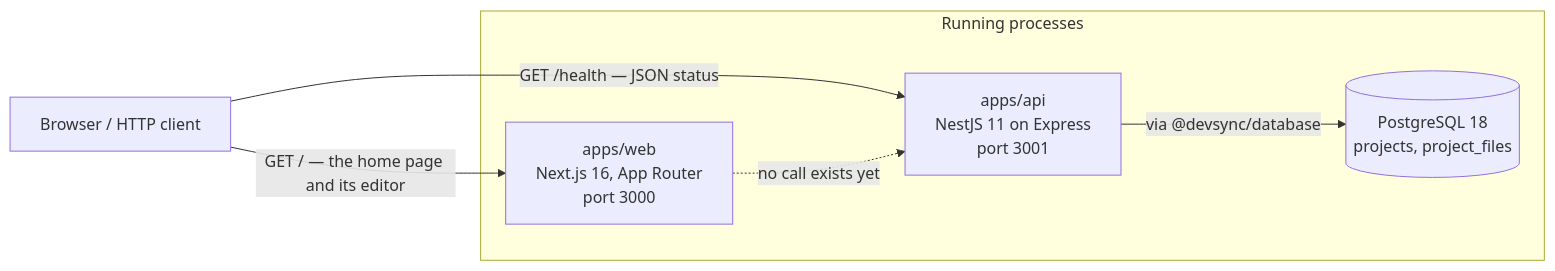
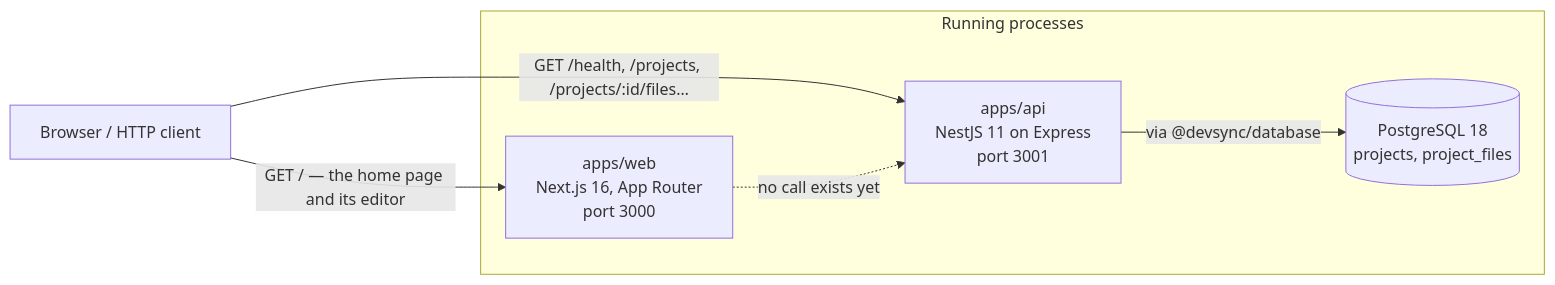
Before and after one commit to Youssef-Boussabah/DevSync: the first of 2 diagrams in docs/architecture.md, drawn with Mermaid. The commit also changed other lines of this file and 67 other files, not shown here.

````diff
--- a/docs/architecture.md
+++ b/docs/architecture.md
@@ -30,15 +31,15 @@
 ```mermaid
 flowchart LR
     client["Browser / HTTP client"]
 
     subgraph running["Running processes"]
         web["apps/web<br/>Next.js 16, App Router<br/>port 3000"]
         api["apps/api<br/>NestJS 11 on Express<br/>port 3001"]
         pg[("PostgreSQL 18<br/>projects, project_files")]
     end
 
     client -->|"GET / — the home page and its editor"| web
-    client -->|"GET /health — JSON status"| api
+    client -->|"GET /health, /projects, /projects/:id/files…"| api
     api -->|"via @devsync/database"| pg
     web -.->|"no call exists yet"| api
 ```
````
